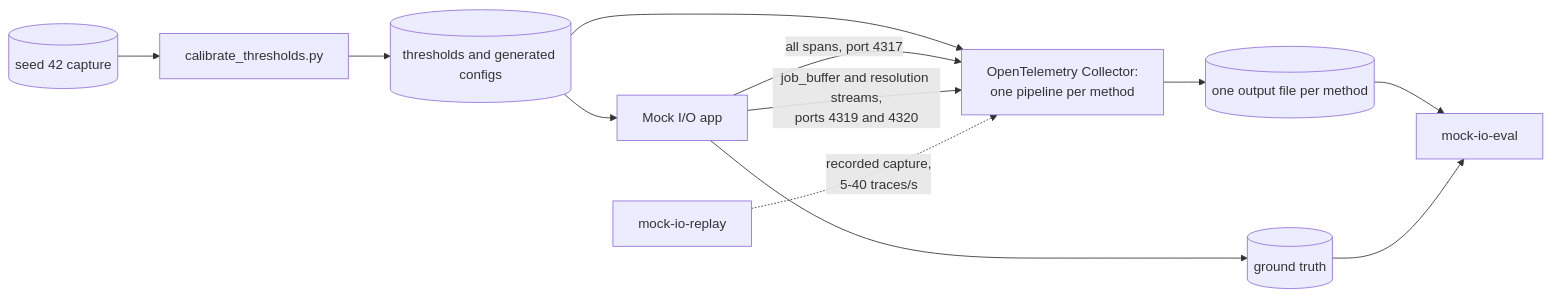
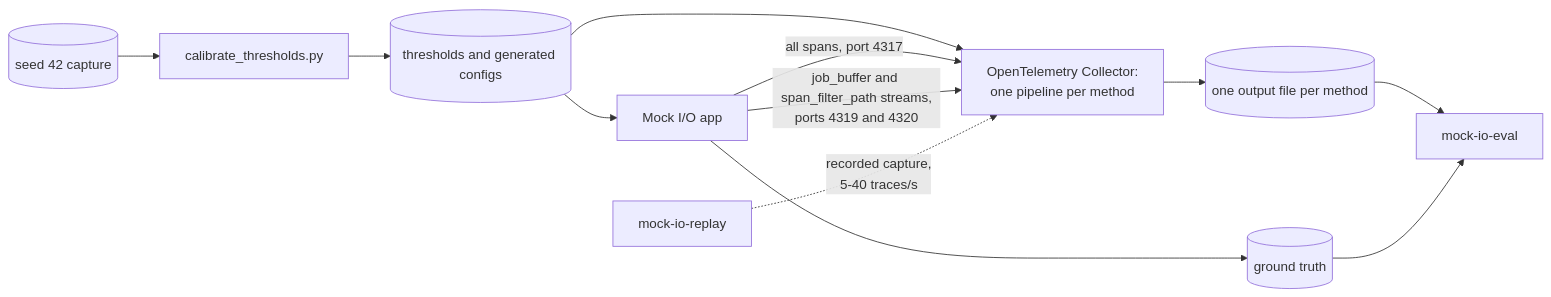
The diagram in README.md (jokru/CS-E4660-project), drawn with Mermaid before and after one commit. The commit also changed other lines of this file and 11 other files, not shown here.

Commit message:
rename resolution to app_span_filter_path

````diff
--- a/README.md
+++ b/README.md
@@ -55,14 +55,14 @@
 ```mermaid
 flowchart LR
   cal[(seed 42 capture)] --> calib[calibrate_thresholds.py]
   calib --> thr[(thresholds and generated configs)]
   thr --> app
   thr --> col
   app[Mock I/O app] -->|all spans, port 4317| col[OpenTelemetry Collector:<br/>one pipeline per method]
-  app -->|job_buffer and resolution streams,<br/>ports 4319 and 4320| col
+  app -->|job_buffer and span_filter_path streams,<br/>ports 4319 and 4320| col
   replay[mock-io-replay] -.->|recorded capture,<br/>5-40 traces/s| col
   app --> gt[(ground truth)]
   col --> out[(one output file per method)]
   out --> eval[mock-io-eval]
   gt --> eval
 ```
````
